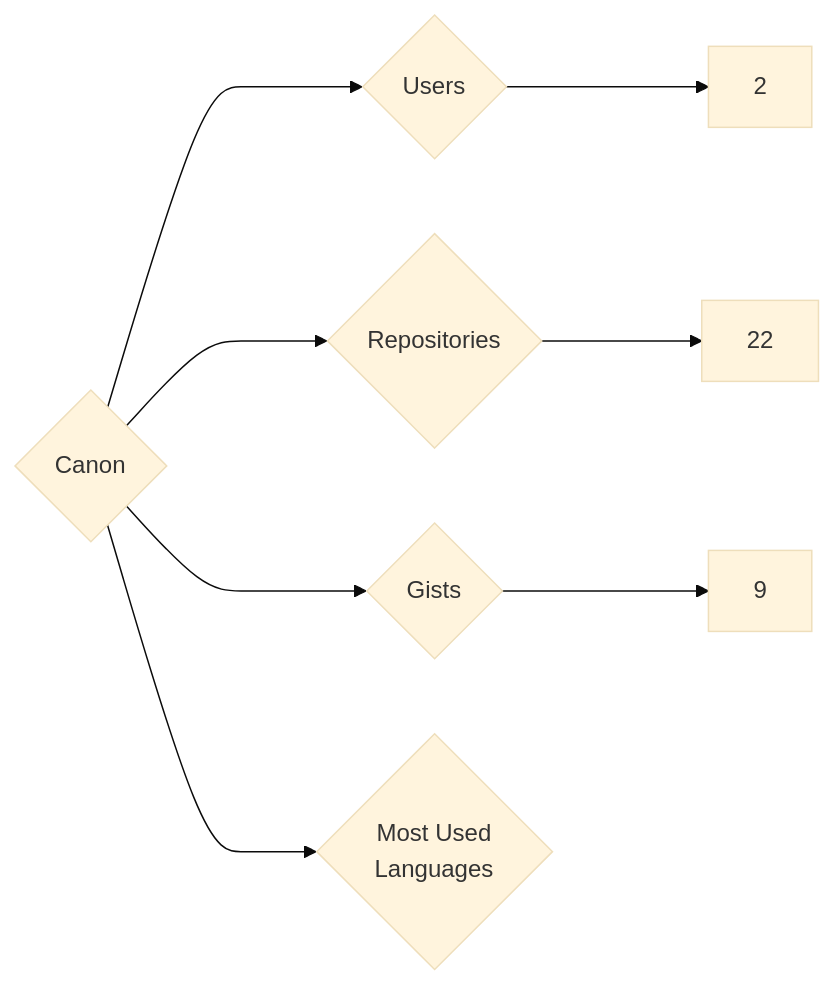
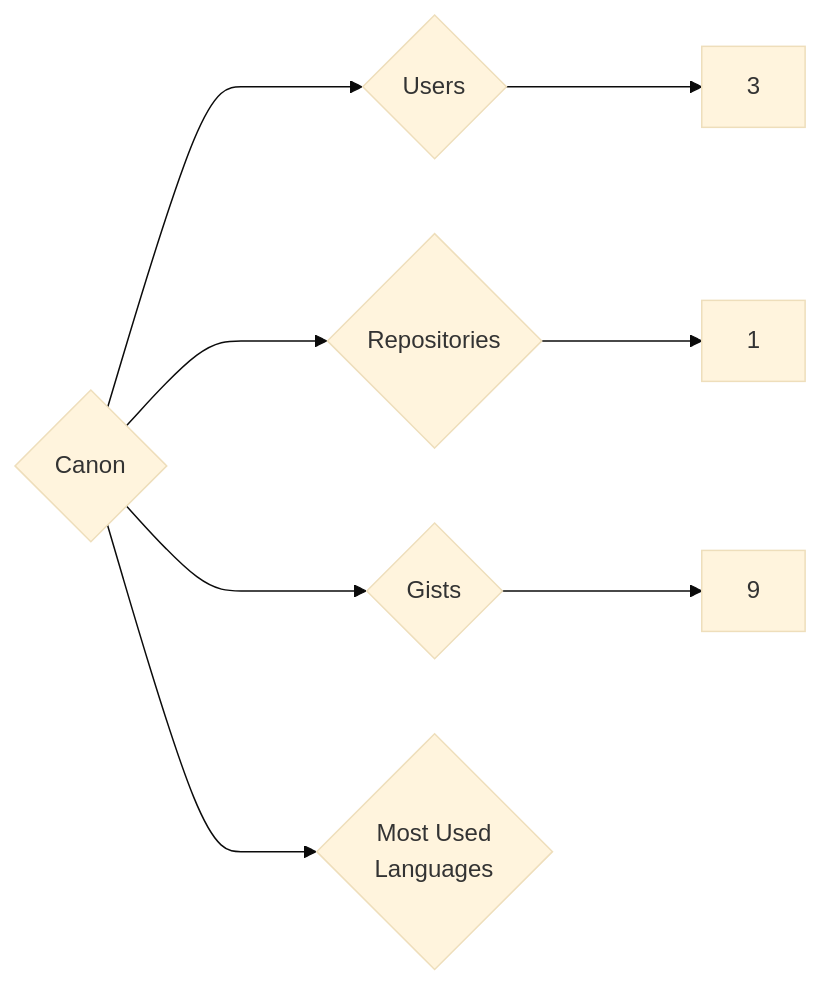
One commit to trickest/insiders changed the diagram in targets/Canon/README.md. Above: the diagram before and after it, drawn with Mermaid (base theme). The commit also changed 1036 other files, not shown here.

````diff
--- a/targets/Canon/README.md
+++ b/targets/Canon/README.md
@@ -3,8 +3,8 @@
 ```mermaid
 graph LR
 COMPANY_NAME{Canon}
-COMPANY_NAME ---> U{Users} ---> UN[2]
-COMPANY_NAME ---> R{Repositories} ---> RN[22]
+COMPANY_NAME ---> U{Users} ---> UN[3]
+COMPANY_NAME ---> R{Repositories} ---> RN[1]
 COMPANY_NAME ---> G{Gists} ---> GN[9]
 COMPANY_NAME ---> ML{Most Used<br>Languages}
 ```
````
